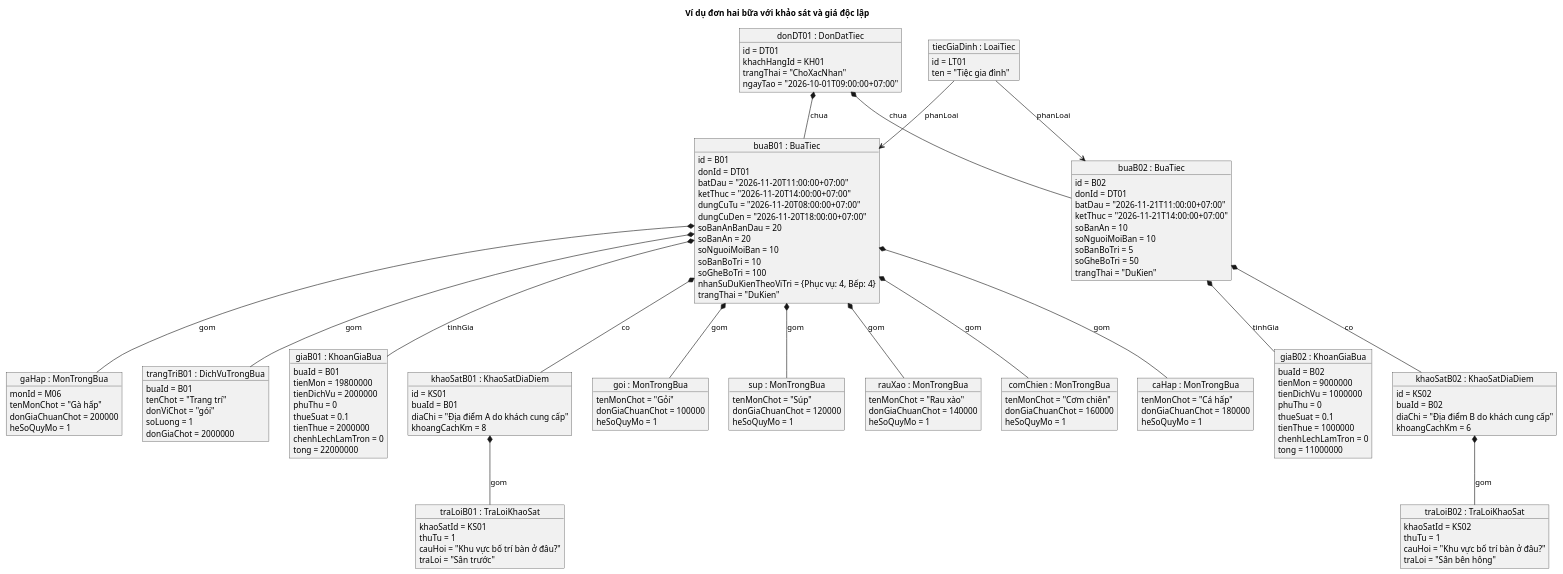
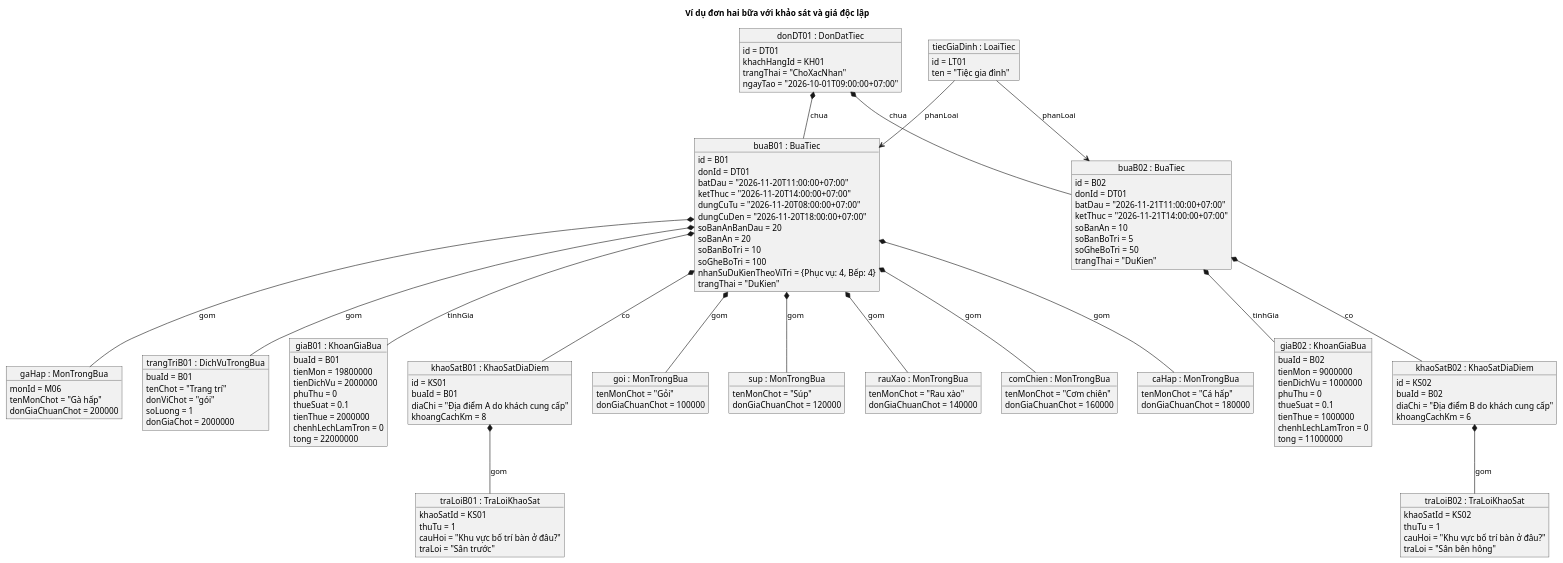
Before and after one commit to mastercookvn/mastercookvn: the sixth of 18 diagrams in docs/src/mo-hinh/mo-hinh-lop-class.md, drawn with PlantUML. The commit also changed other lines of this file and 10 other files, not shown here.

```diff
--- a/docs/src/mo-hinh/mo-hinh-lop-class.md
+++ b/docs/src/mo-hinh/mo-hinh-lop-class.md
@@ -602,7 +600,6 @@
   dungCuDen = "2026-11-20T18:00:00+07:00"
   soBanAnBanDau = 20
   soBanAn = 20
-  soNguoiMoiBan = 10
   soBanBoTri = 10
   soGheBoTri = 100
   nhanSuDuKienTheoViTri = {Phục vụ: 4, Bếp: 4}
@@ -614,7 +611,6 @@
   batDau = "2026-11-21T11:00:00+07:00"
   ketThuc = "2026-11-21T14:00:00+07:00"
   soBanAn = 10
-  soNguoiMoiBan = 10
   soBanBoTri = 5
   soGheBoTri = 50
   trangThai = "DuKien"
@@ -646,33 +642,27 @@
 object "goi : MonTrongBua" as m1 {
   tenMonChot = "Gỏi"
   donGiaChuanChot = 100000
-  heSoQuyMo = 1
 }
 object "sup : MonTrongBua" as m2 {
   tenMonChot = "Súp"
   donGiaChuanChot = 120000
-  heSoQuyMo = 1
 }
 object "rauXao : MonTrongBua" as m3 {
   tenMonChot = "Rau xào"
   donGiaChuanChot = 140000
-  heSoQuyMo = 1
 }
 object "comChien : MonTrongBua" as m4 {
   tenMonChot = "Cơm chiên"
   donGiaChuanChot = 160000
-  heSoQuyMo = 1
 }
 object "caHap : MonTrongBua" as m5 {
   tenMonChot = "Cá hấp"
   donGiaChuanChot = 180000
-  heSoQuyMo = 1
 }
 object "gaHap : MonTrongBua" as m6 {
   monId = M06
   tenMonChot = "Gà hấp"
   donGiaChuanChot = 200000
-  heSoQuyMo = 1
 }
 object "trangTriB01 : DichVuTrongBua" as dv {
   buaId = B01
```
